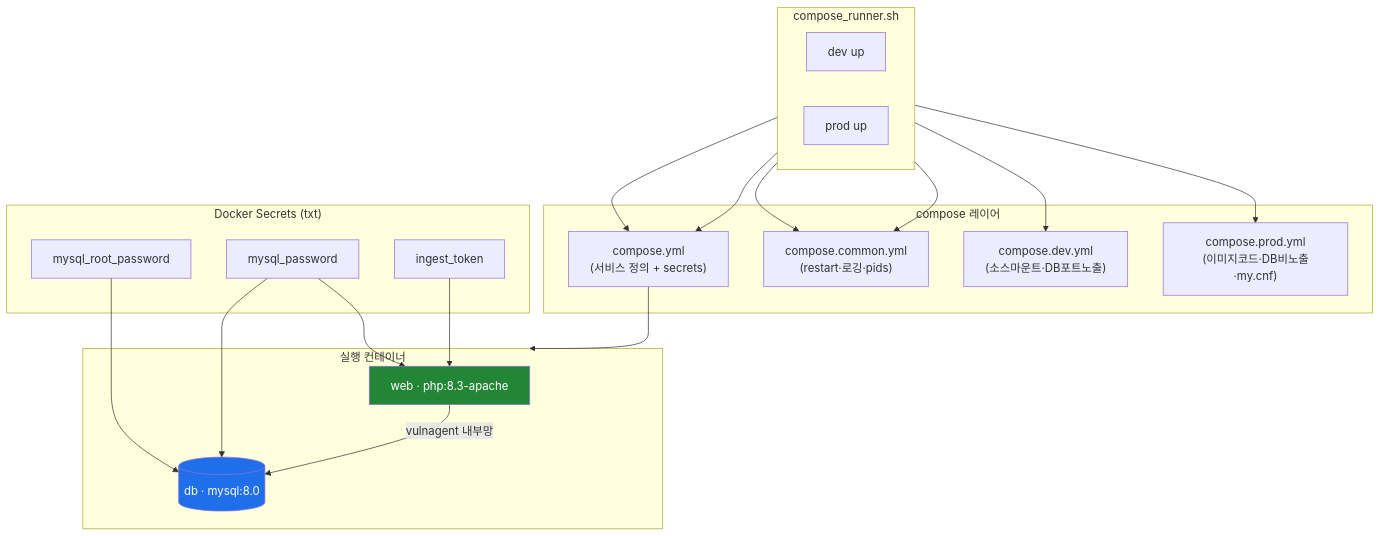
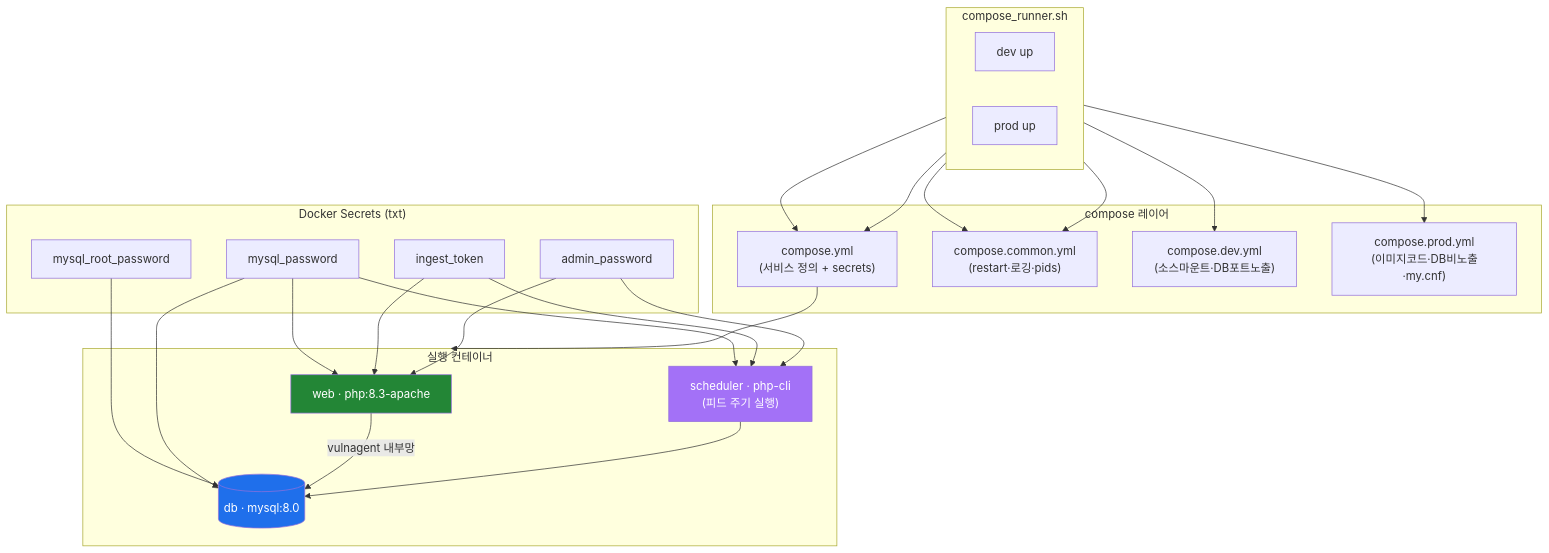
Before and after one commit to JeongDoWook/vuln-agent: the fourth of 6 diagrams in docs/architecture.md, drawn with Mermaid. The commit also changed other lines of this file and 4 other files, not shown here.

First line of the commit message:
feat: 커넥터 API 미리보기 + NVD 페이지네이션 수정 + 개발원칙/다이어그램

````diff
--- a/docs/architecture.md
+++ b/docs/architecture.md
@@ -113,38 +114,41 @@
 ```mermaid
 flowchart TB
     subgraph Runner["compose_runner.sh"]
         direction LR
         R1["dev up"]
         R2["prod up"]
     end
 
     subgraph Files["compose 레이어"]
         F0["compose.yml<br/>(서비스 정의 + secrets)"]
         FC["compose.common.yml<br/>(restart·로깅·pids)"]
         FD["compose.dev.yml<br/>(소스마운트·DB포트노출)"]
         FP["compose.prod.yml<br/>(이미지코드·DB비노출·my.cnf)"]
     end
 
     subgraph Secrets["Docker Secrets (txt)"]
         S1["mysql_root_password"]
         S2["mysql_password"]
         S3["ingest_token"]
+        S4["admin_password"]
     end
 
     subgraph Stack["실행 컨테이너"]
         WC["web · php:8.3-apache"]
+        SCH["scheduler · php-cli<br/>(피드 주기 실행)"]
         DC[("db · mysql:8.0")]
     end
 
     R1 --> F0 & FC & FD
     R2 --> F0 & FC & FP
     F0 --> Stack
-    S2 --> WC
-    S3 --> WC
-    S1 --> DC
-    S2 --> DC
+    S2 & S3 & S4 --> WC
+    S2 & S3 & S4 --> SCH
+    S1 & S2 --> DC
     WC -->|"vulnagent 내부망"| DC
+    SCH --> DC
 
     style WC fill:#238636,color:#fff
+    style SCH fill:#a371f7,color:#fff
     style DC fill:#1f6feb,color:#fff
 ```
````
